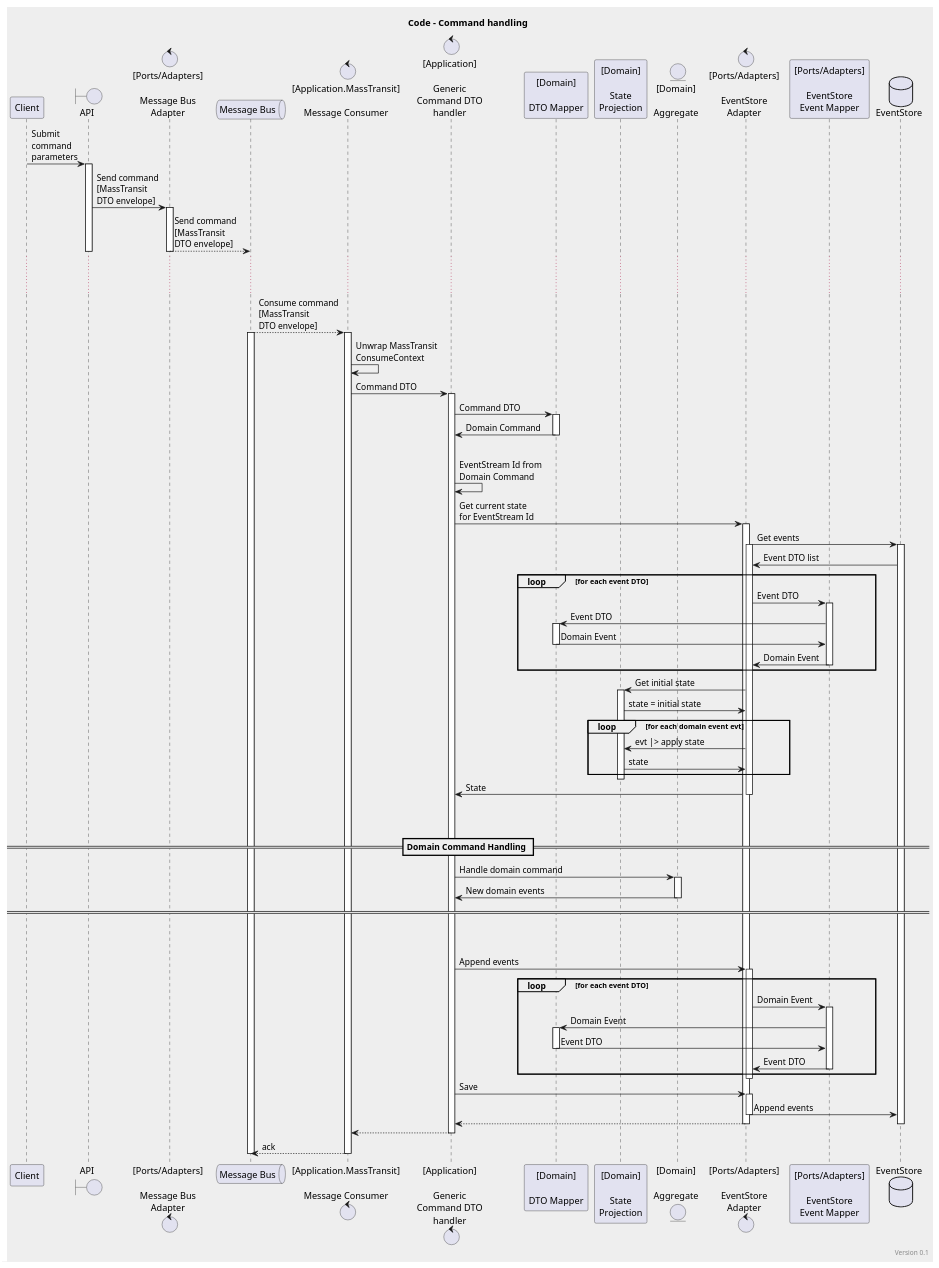
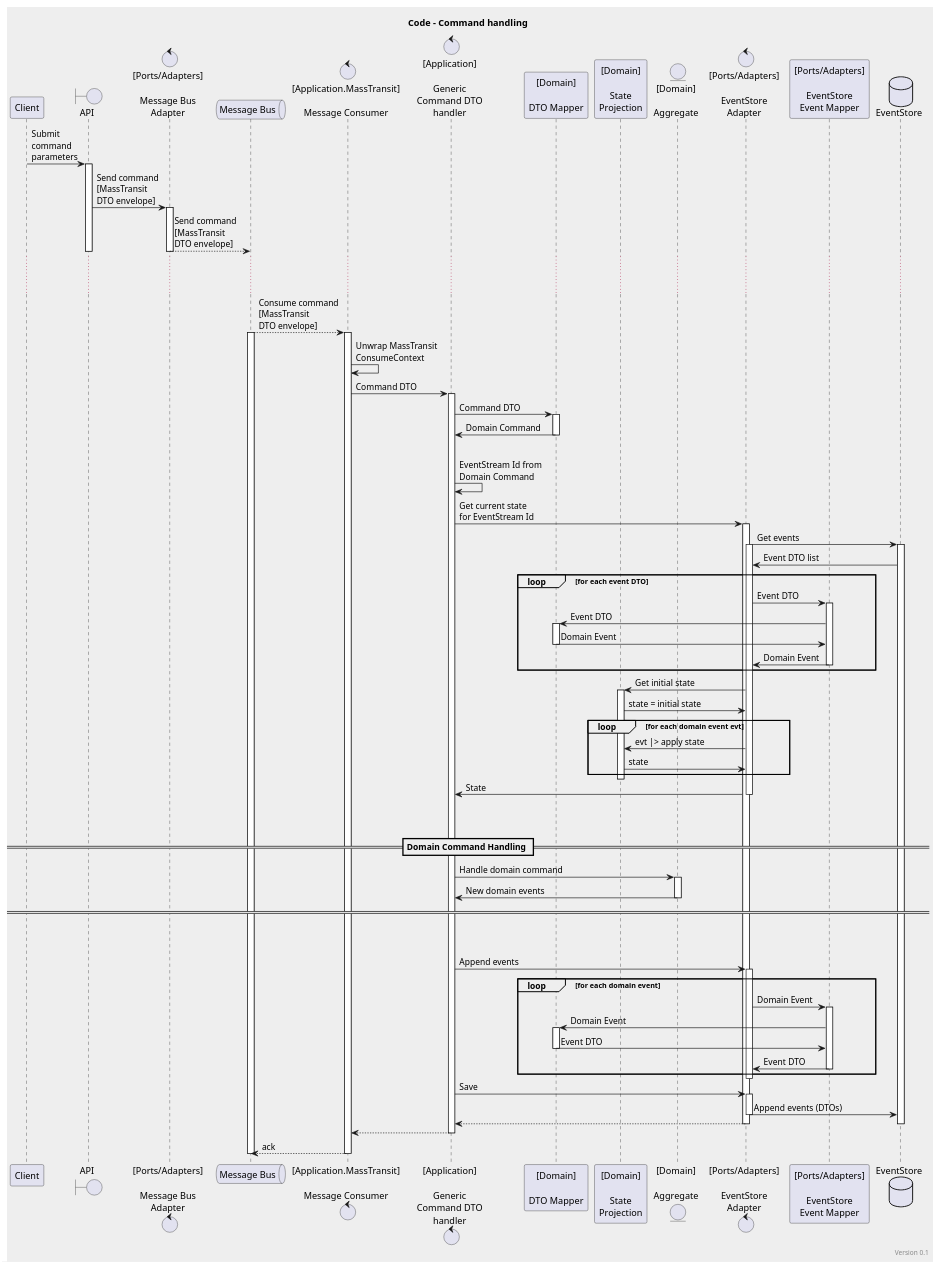
Before and after one commit to iblazhko/cqrs-fsharp: the diagram in doc/C4/code-cmd-handler.puml, drawn with PlantUML. The commit also changed 6 other files, not shown here.

```diff
--- a/doc/C4/code-cmd-handler.puml
+++ b/doc/C4/code-cmd-handler.puml
@@ -1,118 +1,118 @@
 @startuml Inventory System - Componets - Command Handling
 
 skinparam defaultFontName "D-DIN"
 skinparam backgroundColor #EEEEEE
 
 title Code - Command handling
 right footer Version 0.1
 
 participant "Client" as client
 boundary "API" as api
 control "[Ports/Adapters]\n\nMessage Bus\nAdapter" as messagebus_adapter
 queue "Message Bus" as messagebus
 control "[Application.MassTransit]\n\nMessage Consumer" as mt_consumer
 control "[Application]\n\nGeneric\nCommand DTO\nhandler" as dto_handler
 participant "[Domain]\n\nDTO Mapper" as dto_mapper
 participant "[Domain]\n\nState\nProjection" as state_projection
 entity "[Domain]\n\nAggregate" as aggregate
 control "[Ports/Adapters]\n\nEventStore\nAdapter" as eventstore_adapter
 participant "[Ports/Adapters]\n\nEventStore\nEvent Mapper" as eventstore_eventmapper
 database "EventStore" as eventstore
 
 client -> api: Submit\ncommand\nparameters
 activate api
 api -> messagebus_adapter: Send command\n[MassTransit\nDTO envelope]
 activate messagebus_adapter
 messagebus_adapter --> messagebus: Send command\n[MassTransit\nDTO envelope]
 deactivate messagebus_adapter
 deactivate api
 
 ... \n ...
 
 mt_consumer <-- messagebus: Consume command\n[MassTransit\nDTO envelope]
 activate messagebus
 activate mt_consumer
 mt_consumer -> mt_consumer: Unwrap MassTransit\nConsumeContext
 mt_consumer -> dto_handler: Command DTO
 
 activate dto_handler
 dto_handler -> dto_mapper: Command DTO
 activate dto_mapper
 dto_handler <- dto_mapper: Domain Command
 deactivate dto_mapper
 |||
 
 dto_handler -> dto_handler: EventStream Id from\nDomain Command
 dto_handler -> eventstore_adapter: Get current state\nfor EventStream Id
 activate eventstore_adapter
 eventstore_adapter -> eventstore: Get events
 activate eventstore_adapter
 activate eventstore
 eventstore -> eventstore_adapter: Event DTO list
 loop for each event DTO
     eventstore_adapter -> eventstore_eventmapper: Event DTO
     activate eventstore_eventmapper
     eventstore_eventmapper -> dto_mapper: Event DTO
     activate dto_mapper
     eventstore_eventmapper <- dto_mapper: Domain Event
     deactivate dto_mapper
     eventstore_adapter <- eventstore_eventmapper: Domain Event
     deactivate eventstore_eventmapper
 end
 
 eventstore_adapter -> state_projection: Get initial state
 activate state_projection
 eventstore_adapter <- state_projection: state = initial state
 loop for each domain event evt
     eventstore_adapter -> state_projection: evt |> apply state
     eventstore_adapter <- state_projection: state
 end
 deactivate state_projection
 
 dto_handler <- eventstore_adapter: State
 deactivate eventstore_adapter
 
 |||
 |||
 == Domain Command Handling ==
     dto_handler -> aggregate: Handle domain command
     activate aggregate
     dto_handler <- aggregate: New domain events
     deactivate aggregate
 == ==
 |||
 |||
 
 dto_handler -> eventstore_adapter: Append events
 activate eventstore_adapter
-loop for each event DTO
+loop for each domain event
     eventstore_adapter -> eventstore_eventmapper: Domain Event
     activate eventstore_eventmapper
     eventstore_eventmapper -> dto_mapper: Domain Event
     activate dto_mapper
     eventstore_eventmapper <- dto_mapper: Event DTO
     deactivate dto_mapper
     eventstore_adapter <- eventstore_eventmapper: Event DTO
     deactivate eventstore_eventmapper
 end
 deactivate eventstore_adapter
 
 dto_handler -> eventstore_adapter: Save
 activate eventstore_adapter
-eventstore_adapter -> eventstore: Append events
+eventstore_adapter -> eventstore: Append events (DTOs)
 deactivate eventstore_adapter
 
 eventstore_adapter --> dto_handler
 
 deactivate eventstore_adapter
 deactivate eventstore
 
 dto_handler --> mt_consumer
 deactivate dto_handler
 
 mt_consumer --> messagebus: ack
 deactivate mt_consumer
 
 deactivate messagebus
 
 @enduml
```
